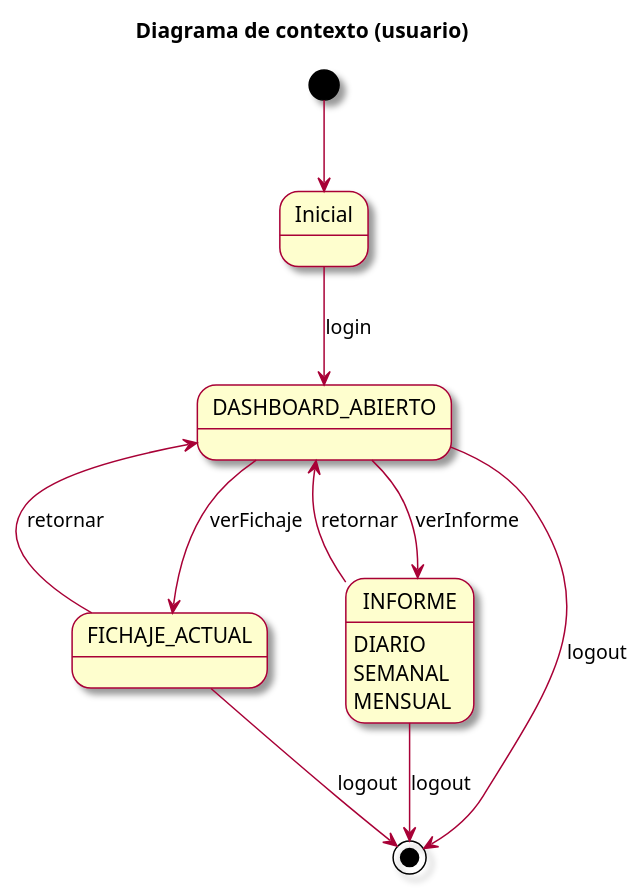
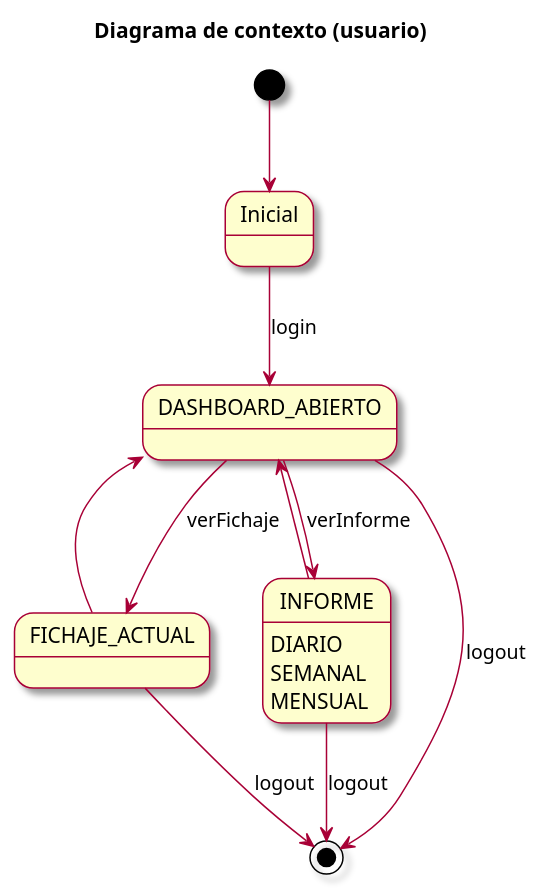
The diagram in modelosUML/casosDeUso/diagramaContexto(usuario).puml (mmasias/23-24-IdSw1-SDR), drawn with PlantUML before and after one commit. The commit also changed 4 other files, not shown here.

Commit message:
diagramas de contexto actualizados

```diff
--- a/modelosUML/casosDeUso/diagramaContexto(usuario).puml
+++ b/modelosUML/casosDeUso/diagramaContexto(usuario).puml
@@ -2,23 +2,23 @@
 @startuml Diagrama Contexto
 
 skin rose
 title Diagrama de contexto (usuario)
 
 [*] -->  Inicial
 
 Inicial -down-> DASHBOARD_ABIERTO: login
 
 DASHBOARD_ABIERTO --> FICHAJE_ACTUAL : verFichaje
 DASHBOARD_ABIERTO --> INFORME : verInforme
 INFORME : DIARIO
 INFORME : SEMANAL
 INFORME : MENSUAL 
-DASHBOARD_ABIERTO <-- FICHAJE_ACTUAL : retornar
-DASHBOARD_ABIERTO <-- INFORME : retornar
+DASHBOARD_ABIERTO <-- FICHAJE_ACTUAL
+DASHBOARD_ABIERTO <-- INFORME 
 
 
 DASHBOARD_ABIERTO --> [*] : logout
 FICHAJE_ACTUAL --> [*] : logout
 INFORME --> [*] : logout
 
 @enduml
```
